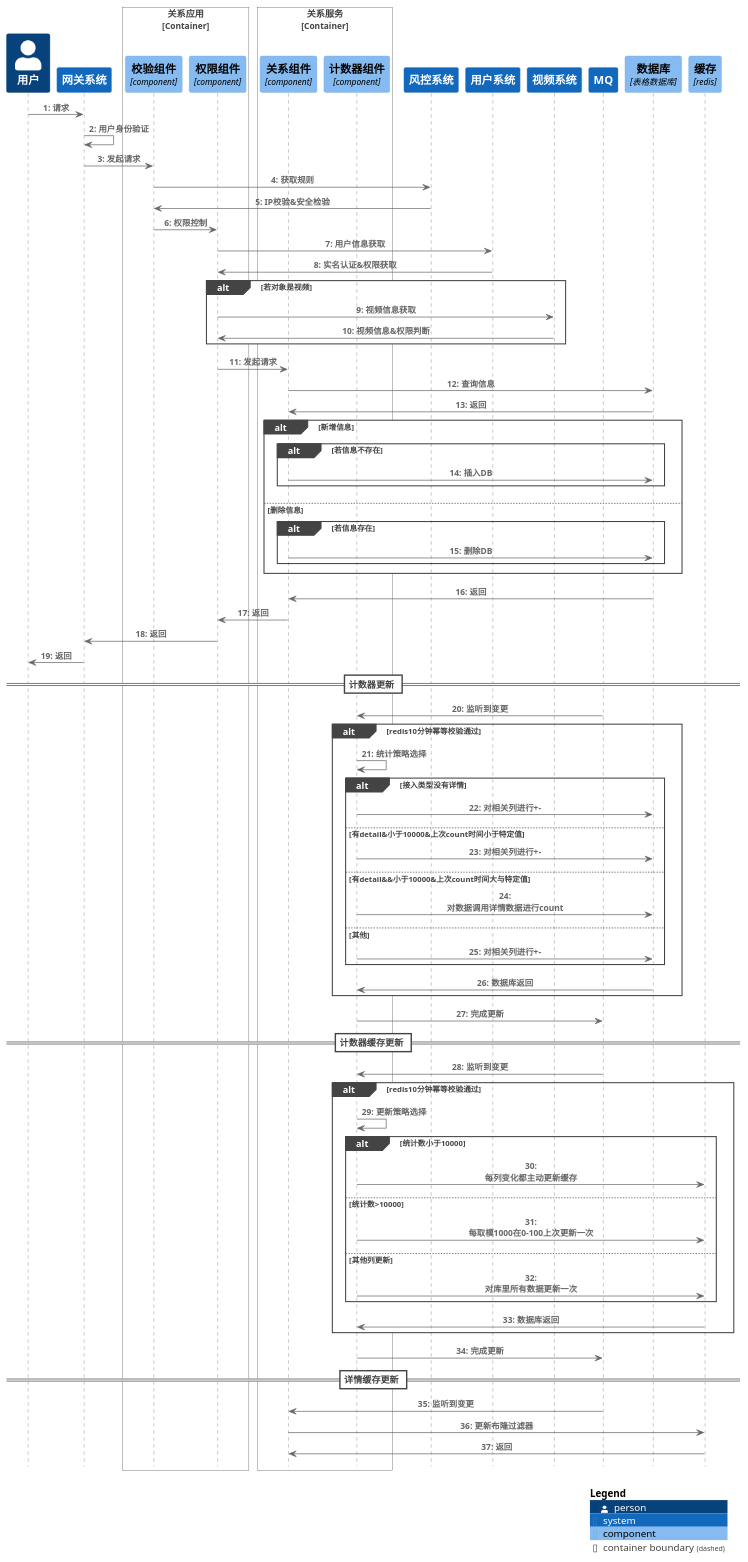
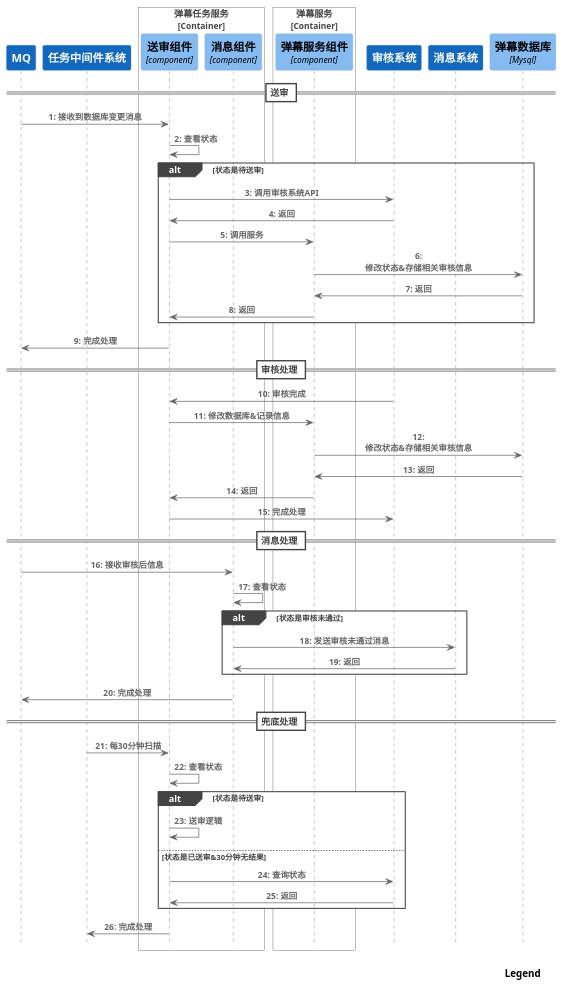
One commit to nxnnxn/community-doc changed the diagram in puml/interact/content/barrage/audit/auditseq.puml. Above: the diagram before and after it, drawn with PlantUML. The commit also changed 1 other file, not shown here.

```diff
--- a/puml/interact/content/barrage/audit/auditseq.puml
+++ b/puml/interact/content/barrage/audit/auditseq.puml
@@ -1,97 +1,65 @@
 @startuml
 !include <C4/C4_Sequence>
 SHOW_INDEX()
 SHOW_LEGEND()
+System(rocketmq,"MQ")
 
-Person(user, "用户")
-System(gateway,"网关系统")
-
-Rel(user, gateway, "请求")
-Rel(gateway, gateway, "用户身份验证")
-
-Container_Boundary(relationFacade, "关系应用")
-    Component(checkComponent, "校验组件", "component", "IP校验&安全检验")
-    Component(authComponent, "权限组件", "component", "用户权限检验")
+System(job,"任务中间件系统")
+Container_Boundary(barrageJobService, "弹幕任务服务")
+    Component(auditComponent, "送审组件", "component", "弹幕送审")
+    Component(messageComponent, "消息组件", "component", "消息组件")
 Boundary_End()
 
-Container_Boundary(relationService, "关系服务")
-    Component(relationComponent, "关系组件", "component", "关系关注")
-    Component(statComponent, "计数器组件", "component", "计数器更新")
+Container_Boundary(barrageService, "弹幕服务")
+    Component(barrageComponent, "弹幕服务组件", "component", "弹幕服务组件")
 Boundary_End()
-System(security,"风控系统")
-System(userSystem,"用户系统")
-System(videoSystem,"视频系统")
-System(rocketmq,"MQ")
-ComponentDb(db, "数据库", "表格数据库")
-ComponentDb(redis, "缓存", "redis")
 
-Rel(gateway, checkComponent, "发起请求")
+System(auditSystem,"审核系统")
+System(messageSystem,"消息系统")
+ComponentDb(db, "弹幕数据库", "Mysql")
 
-Rel(checkComponent, security, "获取规则")
-Rel(security,checkComponent, "IP校验&安全检验")
+== 送审 ==
+Rel(rocketmq, auditComponent, "接收到数据库变更消息")
+Rel(auditComponent, auditComponent, "查看状态")
+alt 状态是待送审
+ Rel(auditComponent, auditSystem, "调用审核系统API")
+ Rel(auditSystem, auditComponent, "返回")
+ Rel(auditComponent,barrageComponent , "调用服务")
+ Rel(barrageComponent,db , "修改状态&存储相关审核信息")
+ Rel(db,barrageComponent , "返回")
+ Rel(barrageComponent,auditComponent , "返回")
+end
+Rel(auditComponent,rocketmq , "完成处理")
 
-Rel(checkComponent, authComponent, "权限控制")
-Rel(authComponent, userSystem, "用户信息获取")
-Rel(userSystem,authComponent, "实名认证&权限获取")
-
-alt 若对象是视频
-Rel(authComponent, videoSystem, "视频信息获取")
-Rel(videoSystem,authComponent, "视频信息&权限判断")
-end
-
-Rel(authComponent, relationComponent, "发起请求")
-Rel(relationComponent, db, "查询信息")
-Rel(db, relationComponent, "返回")
-alt 新增信息
-alt 若信息不存在
-Rel(relationComponent, db, "插入DB")
-end
-else 删除信息
-alt 若信息存在
-Rel(relationComponent,db , "删除DB")
-end
-end
-Rel(db, relationComponent, "返回")
+== 审核处理 ==
+Rel(auditSystem, auditComponent, "审核完成")
+Rel(auditComponent, barrageComponent, "修改数据库&记录信息")
+Rel(barrageComponent,db , "修改状态&存储相关审核信息")
+Rel(db,barrageComponent , "返回")
+Rel(barrageComponent,auditComponent , "返回")
+Rel(auditComponent,auditSystem , "完成处理")
 
 
-Rel(relationComponent, authComponent, "返回")
-Rel(authComponent, gateway, "返回")
-Rel(gateway, user, "返回")
+== 消息处理 ==
+Rel(rocketmq, messageComponent, "接收审核后信息")
+Rel(messageComponent, messageComponent, "查看状态")
+alt 状态是审核未通过
+ Rel(messageComponent, messageSystem, "发送审核未通过消息")
+ Rel(messageSystem, messageComponent, "返回")
+end
+Rel(messageComponent,rocketmq , "完成处理")
 
-== 计数器更新 ==
-Rel(rocketmq, statComponent, "监听到变更")
-alt redis10分钟幂等校验通过
-Rel(statComponent, statComponent, "统计策略选择")
-alt 接入类型没有详情
-  Rel(statComponent, db, "对相关列进行+-")
-else 有detail&小于10000&上次count时间小于特定值
-  Rel(statComponent, db, "对相关列进行+-")
-else  有detail&&小于10000&上次count时间大与特定值
-  Rel(statComponent, db, "对数据调用详情数据进行count")
-else 其他
-   Rel(statComponent, db, "对相关列进行+-")
+
+== 兜底处理 ==
+Rel(job, auditComponent, "每30分钟扫描")
+Rel(auditComponent, auditComponent, "查看状态")
+alt 状态是待送审
+ Rel(auditComponent, auditComponent, "送审逻辑")
+else 状态是已送审&30分钟无结果
+ Rel(auditComponent, auditSystem, "查询状态")
+ Rel(auditSystem, auditComponent, "返回")
 end
-Rel(db, statComponent, "数据库返回")
-end
-Rel(statComponent, rocketmq, "完成更新")
+Rel(auditComponent,job , "完成处理")
 
-== 计数器缓存更新 ==
-Rel(rocketmq, statComponent, "监听到变更")
-alt redis10分钟幂等校验通过
-Rel(statComponent, statComponent, "更新策略选择")
-alt 统计数小于10000
-  Rel(statComponent, redis, "每列变化都主动更新缓存")
-else 统计数>10000
-  Rel(statComponent, redis, "每取模1000在0-100上次更新一次")
-else  其他列更新
-  Rel(statComponent, redis, "对库里所有数据更新一次")
-end
-Rel(redis, statComponent, "数据库返回")
-end
-Rel(statComponent, rocketmq, "完成更新")
-== 详情缓存更新 ==
-Rel(rocketmq, relationComponent, "监听到变更")
-Rel(relationComponent, redis, "更新布隆过滤器")
-Rel(redis, relationComponent, "返回")
-SHOW_LEGEND()
+
 @enduml
```
